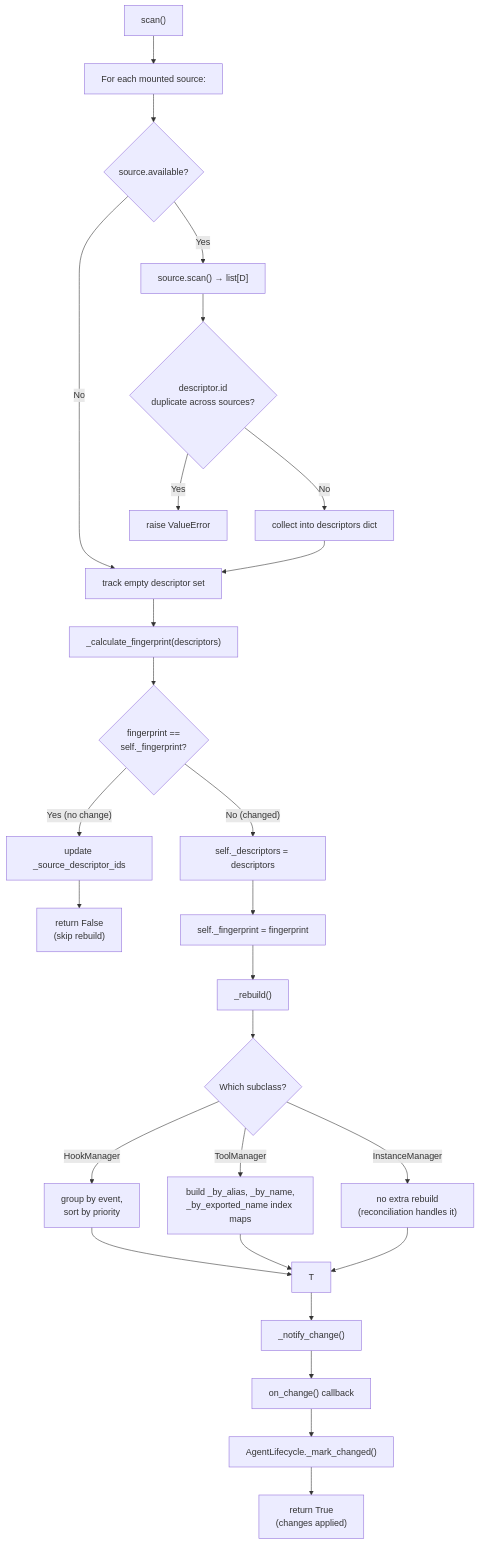
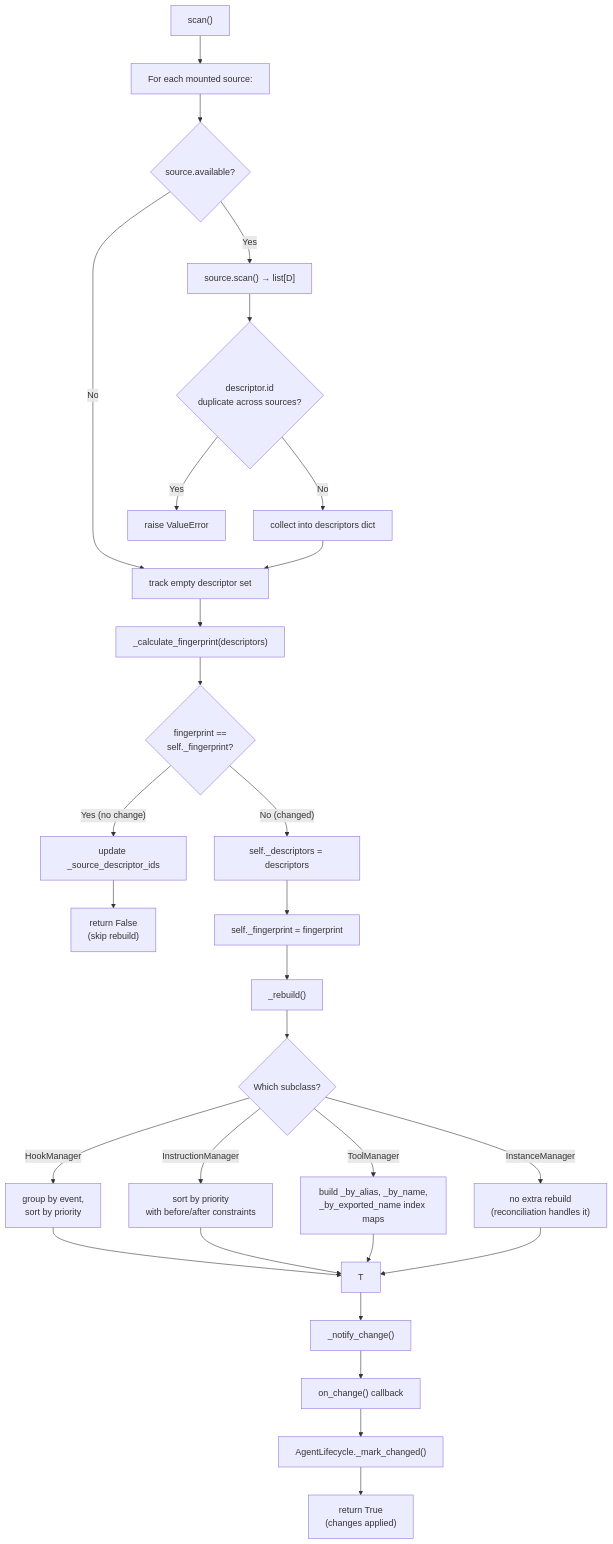
Before and after one commit to matrixd0t/commamatrix: the ninth of 13 diagrams in visuals.md, drawn with Mermaid. The commit also changed other lines of this file and 32 other files, not shown here.

````diff
--- a/visuals.md
+++ b/visuals.md
@@ -455,34 +469,36 @@
 ```mermaid
 flowchart TD
     A["scan()"] --> B["For each mounted source:"]
     B --> C{"source.available?"}
     C -->|"No"| D["track empty descriptor set"]
     C -->|"Yes"| E["source.scan() → list[D]"]
     E --> F{"descriptor.id<br/>duplicate across sources?"}
     F -->|"Yes"| G["raise ValueError"]
     F -->|"No"| H["collect into descriptors dict"]
     H --> D
     D --> I["_calculate_fingerprint(descriptors)"]
     I --> J{"fingerprint ==<br/>self._fingerprint?"}
 
     J -->|"Yes (no change)"| K["update _source_descriptor_ids"]
     K --> L["return False<br/>(skip rebuild)"]
 
     J -->|"No (changed)"| M["self._descriptors = descriptors"]
     M --> N["self._fingerprint = fingerprint"]
     N --> O["_rebuild()"]
     O --> P{"Which subclass?"}
 
     P -->|"HookManager"| Q["group by event,<br/>sort by priority"]
+    P -->|"InstructionManager"| InsOrd["sort by priority<br/>with before/after constraints"]
     P -->|"ToolManager"| R["build _by_alias, _by_name,<br/>_by_exported_name index maps"]
     P -->|"InstanceManager"| S["no extra rebuild<br/>(reconciliation handles it)"]
 
     Q --> T
+    InsOrd --> T
     R --> T
     S --> T
 
     T --> U["_notify_change()"]
     U --> V["on_change() callback"]
     V --> W["AgentLifecycle._mark_changed()"]
     W --> X["return True<br/>(changes applied)"]
 ```
````
